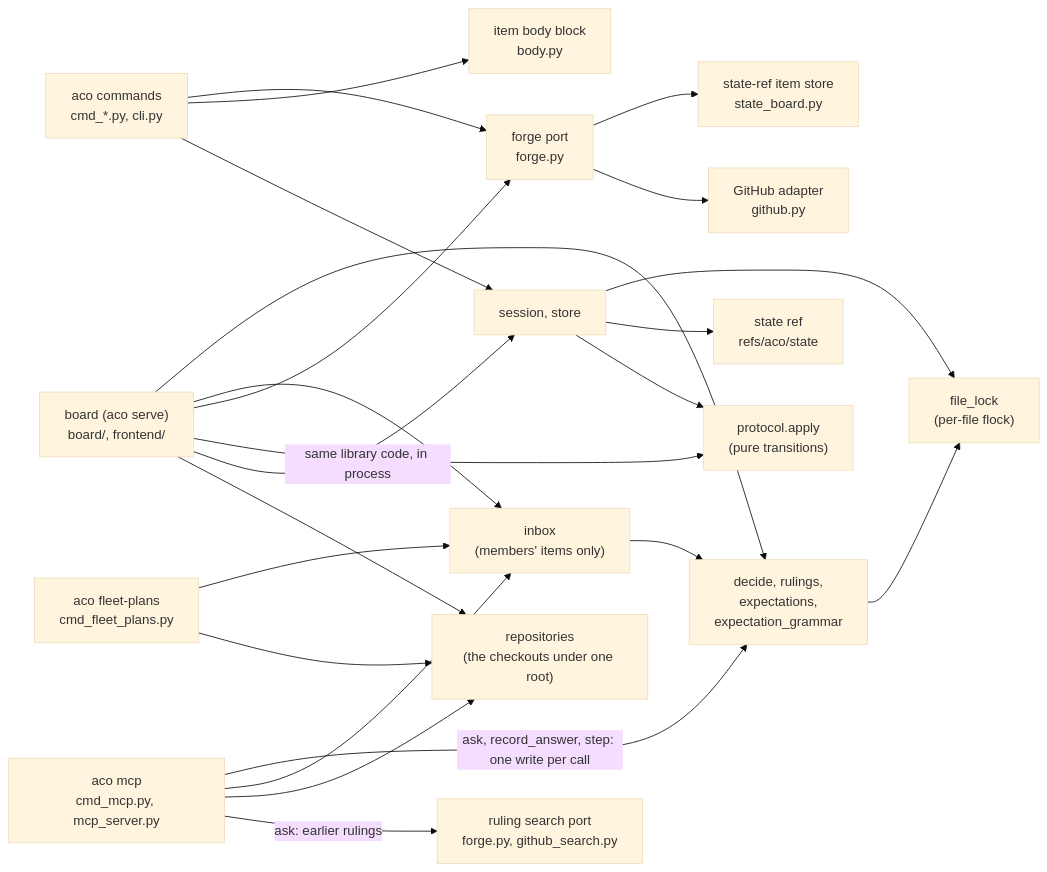
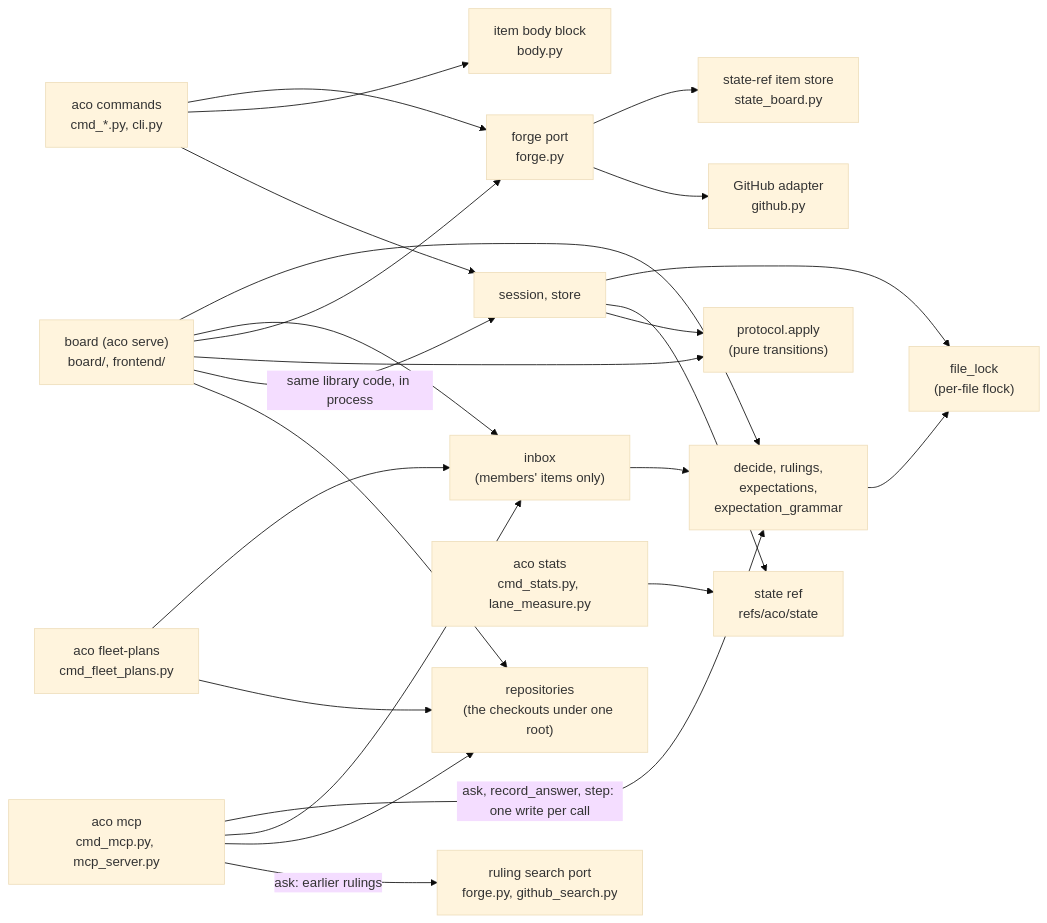
Before and after one commit to overnightworks/aco: the second of 3 diagrams in docs/ARCHITECTURE.md, drawn with Mermaid (base theme). The commit also changed other lines of this file and 14 other files, not shown here.

````diff
--- a/docs/ARCHITECTURE.md
+++ b/docs/ARCHITECTURE.md
@@ -32,28 +32,29 @@
 ```mermaid
 flowchart LR
     CLI["aco commands<br/>cmd_*.py, cli.py"] --> Session["session, store"]
     Session --> Protocol["protocol.apply<br/>(pure transitions)"]
     Session --> Store["state ref<br/>refs/aco/state"]
     CLI --> Body["item body block<br/>body.py"]
     CLI --> Port["forge port<br/>forge.py"]
     Port --> GitHub["GitHub adapter<br/>github.py"]
     Port --> StateBoard["state-ref item store<br/>state_board.py"]
     Mcp -->|"ask: earlier rulings"| Search["ruling search port<br/>forge.py, github_search.py"]
     Board["board (aco serve)<br/>board/, frontend/"]
     Mcp["aco mcp<br/>cmd_mcp.py, mcp_server.py"]
     Mcp --> Repos
     Mcp --> Inbox
     Plans["aco fleet-plans<br/>cmd_fleet_plans.py"]
     Plans --> Repos
     Plans --> Inbox
+    Stats["aco stats<br/>cmd_stats.py, lane_measure.py"] --> Store
     Mcp -->|"ask, record_answer, step: one write per call"| Dec
     Board --> Repos["repositories<br/>(the checkouts under one root)"]
     Board -->|"same library code, in process"| Session
     Board --> Protocol
     Board --> Port
     Board --> Inbox["inbox<br/>(members' items only)"]
     Inbox --> Dec
     Dec --> Lock["file_lock<br/>(per-file flock)"]
     Session --> Lock
     Board --> Dec["decide, rulings,<br/>expectations,<br/>expectation_grammar"]
 ```
````
